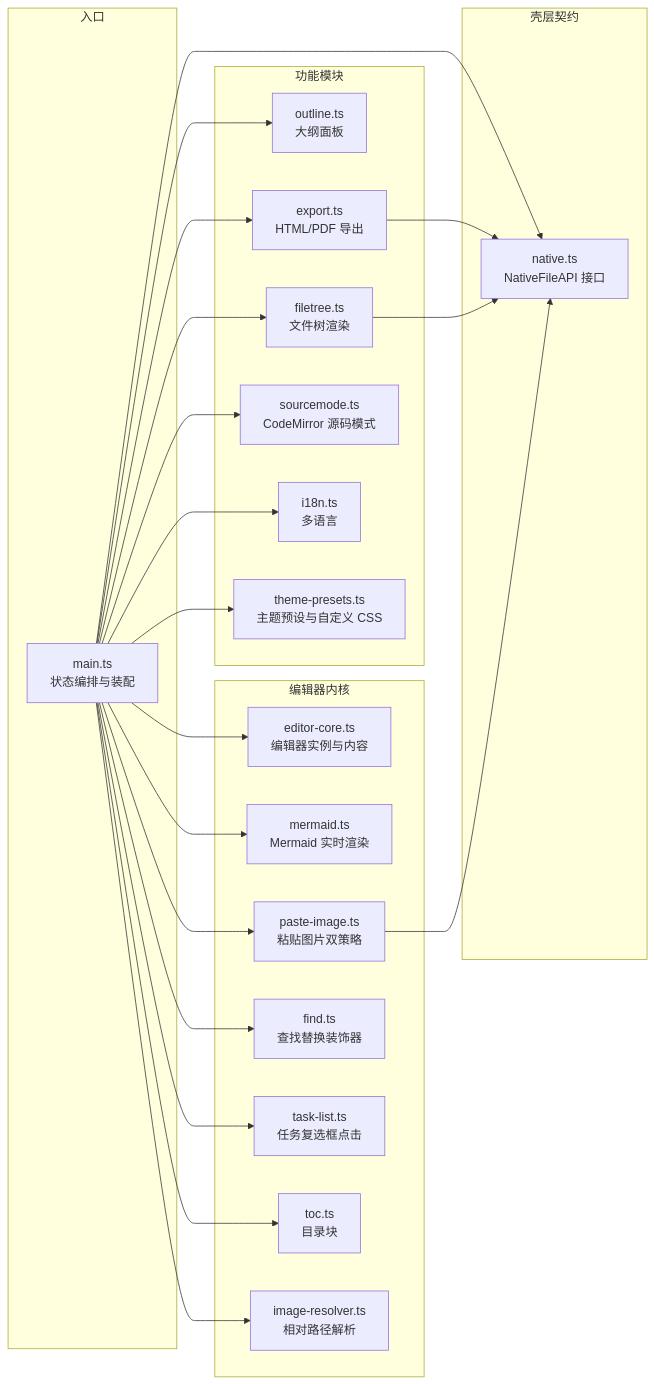
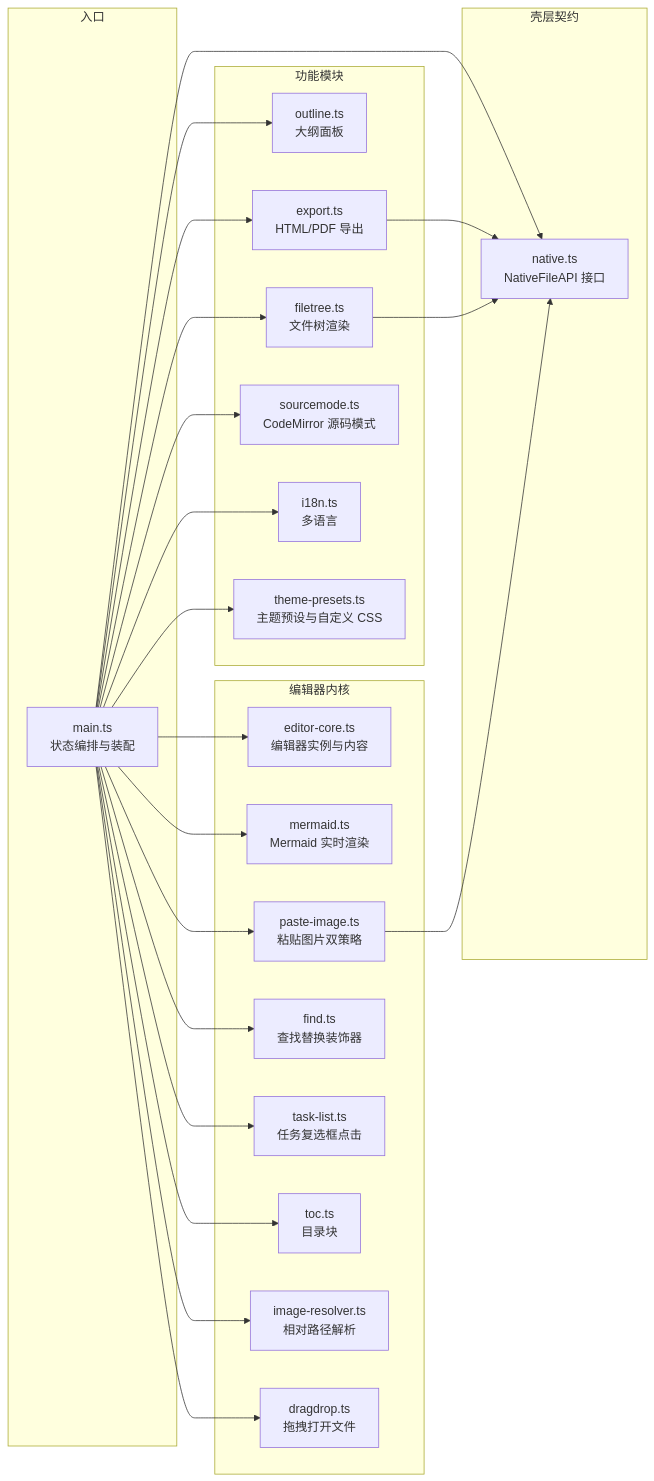
The third of 4 diagrams in docs/架构设计.md (ChiangyangNPU/for-mark), drawn with Mermaid before and after one commit. The commit also changed other lines of this file and 11 other files, not shown here.

First line of the commit message:
feat: 拖拽打开文件——拖 .md 进窗口即开新标签，拖图片按粘贴策略插入

````diff
--- a/docs/架构设计.md
+++ b/docs/架构设计.md
@@ -85,47 +85,49 @@
 ```mermaid
 flowchart LR
     subgraph 入口
         MAIN[main.ts<br/>状态编排与装配]
     end
 
     subgraph 编辑器内核
         EDITOR[editor-core.ts<br/>编辑器实例与内容]
         MERMAID[mermaid.ts<br/>Mermaid 实时渲染]
         PASTE[paste-image.ts<br/>粘贴图片双策略]
         FIND[find.ts<br/>查找替换装饰器]
         TASK[task-list.ts<br/>任务复选框点击]
         TOC[toc.ts<br/>目录块]
         IMGRES[image-resolver.ts<br/>相对路径解析]
+        DROP[dragdrop.ts<br/>拖拽打开文件]
     end
 
     subgraph 功能模块
         OUTLINE[outline.ts<br/>大纲面板]
         TREE[filetree.ts<br/>文件树渲染]
         EX[export.ts<br/>HTML/PDF 导出]
         SRC[sourcemode.ts<br/>CodeMirror 源码模式]
         I18N[i18n.ts<br/>多语言]
         THEMEPRESET[theme-presets.ts<br/>主题预设与自定义 CSS]
     end
 
     subgraph 壳层契约
         NATIVE[native.ts<br/>NativeFileAPI 接口]
     end
 
     MAIN --> EDITOR
     MAIN --> MERMAID
     MAIN --> PASTE
     MAIN --> FIND
     MAIN --> TASK
     MAIN --> TOC
     MAIN --> IMGRES
+    MAIN --> DROP
     MAIN --> OUTLINE
     MAIN --> TREE
     MAIN --> EX
     MAIN --> SRC
     MAIN --> I18N
     MAIN --> THEMEPRESET
     MAIN --> NATIVE
     EX --> NATIVE
     TREE --> NATIVE
     PASTE --> NATIVE
 ```
````
